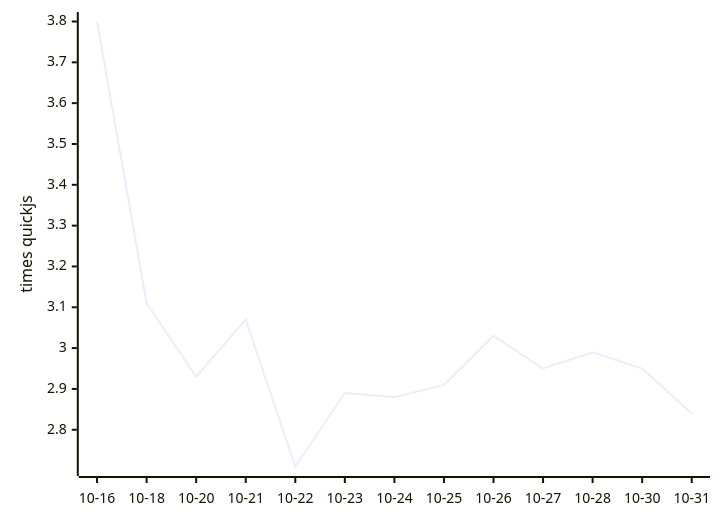
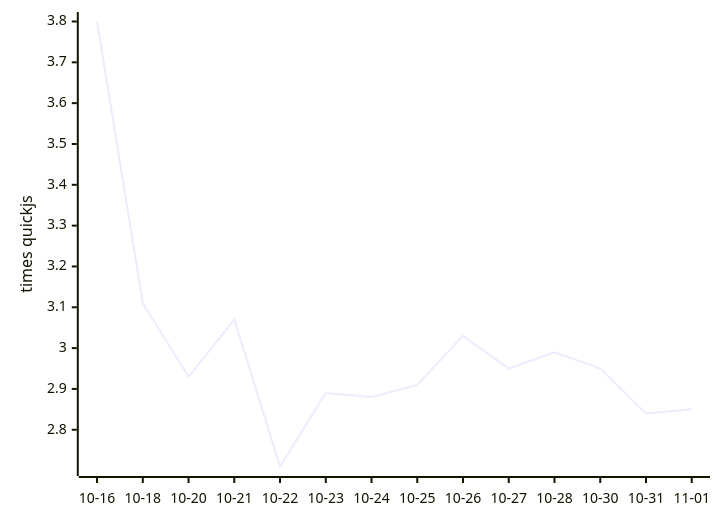
Before and after one commit to mozzius/kahvi: the diagram in README.md, drawn with Mermaid. The commit also changed other lines of this file and 1 other file, not shown here.

````diff
--- a/README.md
+++ b/README.md
@@ -9,6 +9,6 @@
 ```mermaid
 xychart-beta
-  x-axis ["10-16", "10-18", "10-20", "10-21", "10-22", "10-23", "10-24", "10-25", "10-26", "10-27", "10-28", "10-30", "10-31"]
+  x-axis ["10-16", "10-18", "10-20", "10-21", "10-22", "10-23", "10-24", "10-25", "10-26", "10-27", "10-28", "10-30", "10-31", "11-01"]
   y-axis "times quickjs"
-  line [3.80, 3.11, 2.93, 3.07, 2.71, 2.89, 2.88, 2.91, 3.03, 2.95, 2.99, 2.95, 2.84]
+  line [3.80, 3.11, 2.93, 3.07, 2.71, 2.89, 2.88, 2.91, 3.03, 2.95, 2.99, 2.95, 2.84, 2.85]
 ```
````
